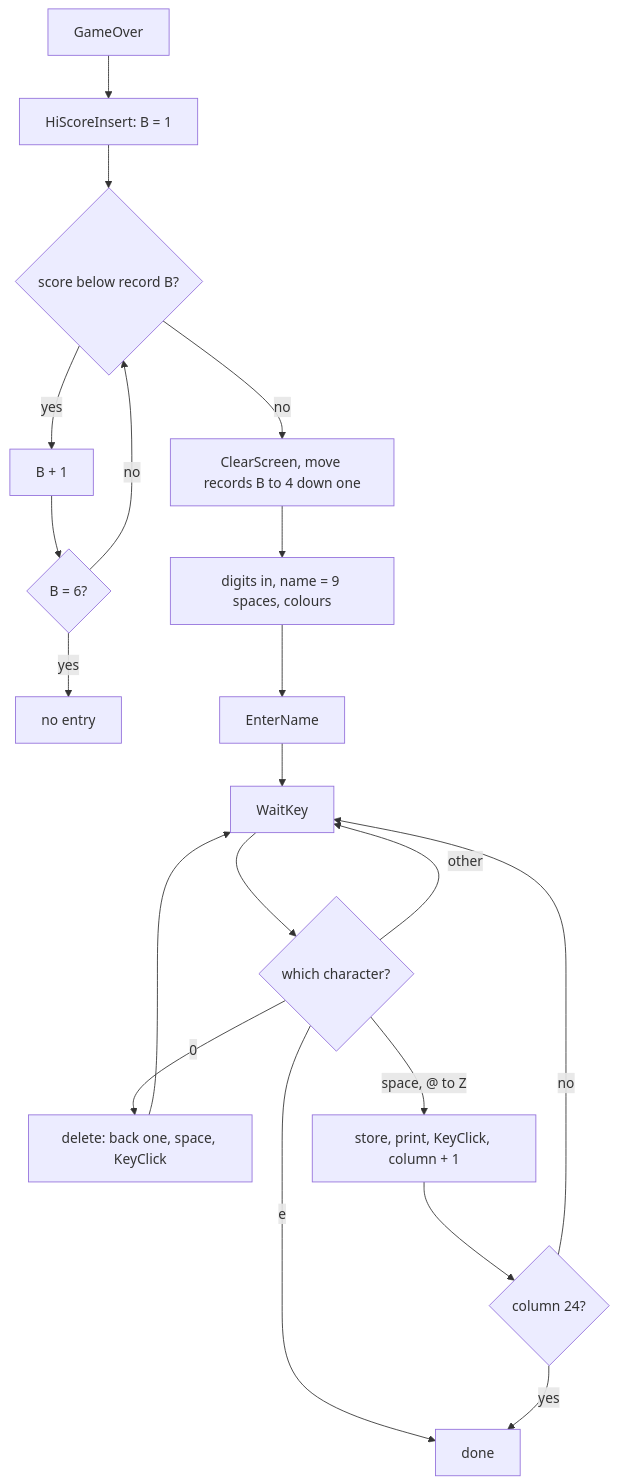
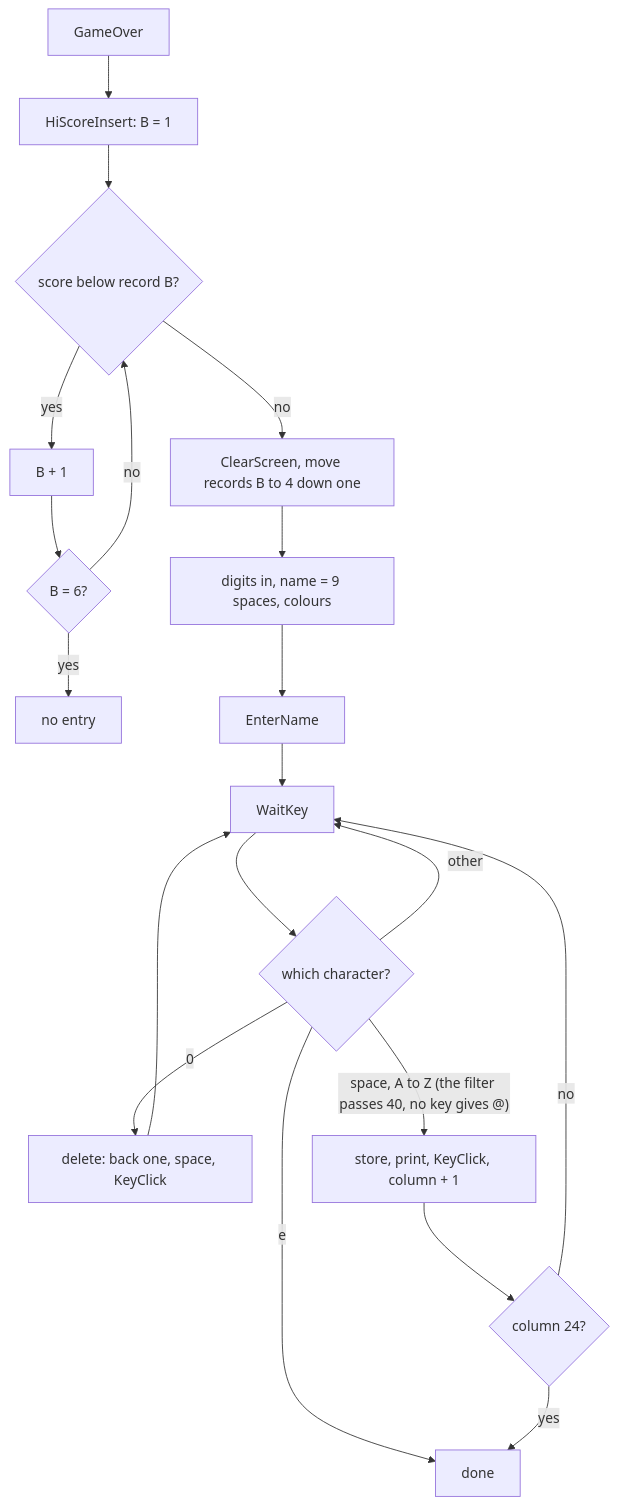
Before and after one commit to alfishe/unrealng-reverse-cases: diagram 12 of 13 in games/earth-shaker/docs/08-hud-and-text.md, drawn with Mermaid. The commit also changed other lines of this file and 52 other files, not shown here.

Commit message:
Earth Shaker: review round 1 fixes (jelly bean, stack depth, menu flow, DigInPlace sound, teleport-599 bug, witness counts recounted, bright quarters)

````diff
--- a/games/earth-shaker/docs/08-hud-and-text.md
+++ b/games/earth-shaker/docs/08-hud-and-text.md
@@ -1059,22 +1061,22 @@
 ```mermaid
 flowchart TD
     A["GameOver"] --> B["HiScoreInsert: B = 1"]
     B --> C{"score below record B?"}
     C -- yes --> D["B + 1"]
     D --> E{"B = 6?"}
     E -- yes --> F["no entry"]
     E -- no --> C
     C -- no --> G["ClearScreen, move records B to 4 down one"]
     G --> H["digits in, name = 9 spaces, colours"]
     H --> I["EnterName"]
     I --> J["WaitKey"]
     J --> K{"which character?"}
     K -- "0" --> L["delete: back one, space, KeyClick"]
     K -- "e" --> M["done"]
-    K -- "space, @ to Z" --> N["store, print, KeyClick, column + 1"]
+    K -- "space, A to Z (the filter passes 40, no key gives @)" --> N["store, print, KeyClick, column + 1"]
     K -- "other" --> J
     L --> J
     N --> O{"column 24?"}
     O -- no --> J
     O -- yes --> M
 ```
````
